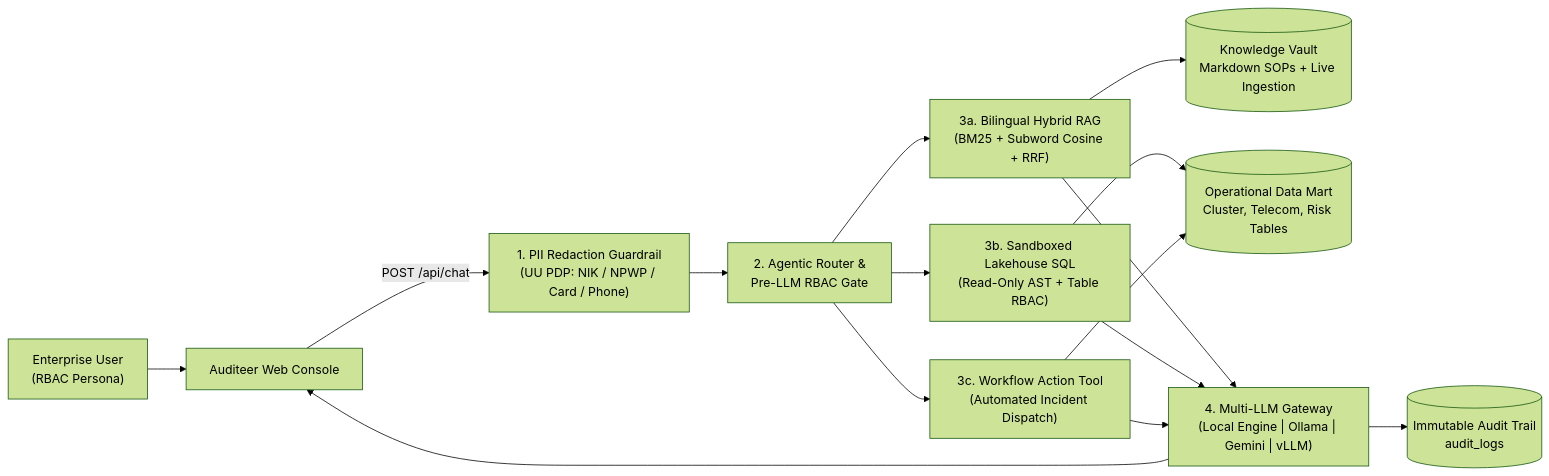
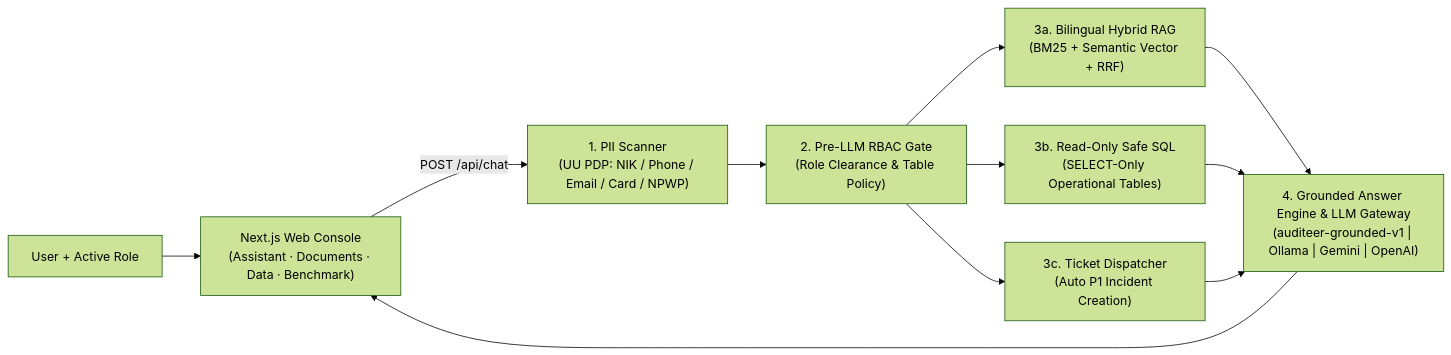
One commit to Cyphare/auditeer changed the diagram in README.md. Above: the diagram before and after it, drawn with Mermaid (forest theme). The commit also changed other lines of this file, not shown here.

Commit message:
docs: update README with live Vercel URL, dual-runtime architecture, and current tabs

````diff
--- a/README.md
+++ b/README.md
@@ -21,18 +36,13 @@
 ```mermaid
 flowchart LR
-    User["Enterprise User<br/>(RBAC Persona)"] --> UI["Auditeer Web Console"]
-    UI -->|POST /api/chat| PII["1. PII Redaction Guardrail<br/>(UU PDP: NIK / NPWP / Card / Phone)"]
-    PII --> Router["2. Agentic Router &<br/>Pre-LLM RBAC Gate"]
+    User["User + Active Role"] --> UI["Next.js Web Console<br/>(Assistant · Documents · Data · Benchmark)"]
+    UI -->|POST /api/chat| PII["1. PII Scanner<br/>(UU PDP: NIK / Phone / Email / Card / NPWP)"]
+    PII --> RBAC["2. Pre-LLM RBAC Gate<br/>(Role Clearance & Table Policy)"]
 
-    Router --> RAG["3a. Bilingual Hybrid RAG<br/>(BM25 + Subword Cosine + RRF)"]
-    Router --> SQL["3b. Sandboxed Lakehouse SQL<br/>(Read-Only AST + Table RBAC)"]
-    Router --> Act["3c. Workflow Action Tool<br/>(Automated Incident Dispatch)"]
+    RBAC --> RAG["3a. Bilingual Hybrid RAG<br/>(BM25 + Semantic Vector + RRF)"]
+    RBAC --> SQL["3b. Read-Only Safe SQL<br/>(SELECT-Only Operational Tables)"]
+    RBAC --> Act["3c. Ticket Dispatcher<br/>(Auto P1 Incident Creation)"]
 
-    RAG --> Vault[("Knowledge Vault<br/>Markdown SOPs + Live Ingestion")]
-    SQL --> Mart[("Operational Data Mart<br/>Cluster, Telecom, Risk Tables")]
-    Act --> Mart
-
-    RAG & SQL & Act --> Gateway["4. Multi-LLM Gateway<br/>(Local Engine | Ollama | Gemini | vLLM)"]
-    Gateway --> Audit[("Immutable Audit Trail<br/>audit_logs")]
-    Gateway --> UI
+    RAG & SQL & Act --> Synth["4. Grounded Answer Engine & LLM Gateway<br/>(auditeer-grounded-v1 | Ollama | Gemini | OpenAI)"]
+    Synth --> UI
 ```
````
